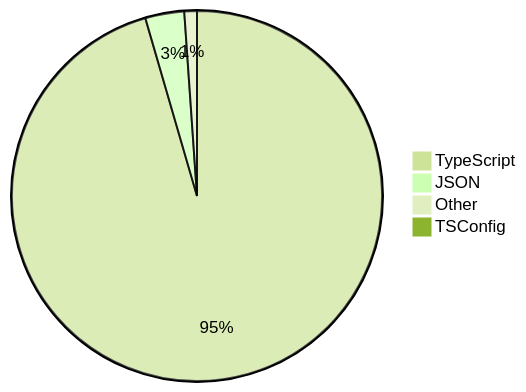
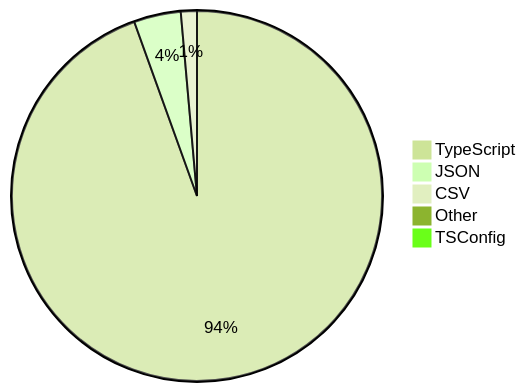
Before and after one commit to skvggor/skvggor: the diagram in README.md, drawn with Mermaid (forest theme).

Commit message:
Updated waka-readme graph with new metrics

````diff
--- a/README.md
+++ b/README.md
@@ -28,7 +28,8 @@
 ```mermaid
 pie
-    "TypeScript" : 95.5
-    "JSON" : 3.4
-    "Other" : 1.1
+    "TypeScript" : 94.4
+    "JSON" : 4.1
+    "CSV" : 1.4
+    "Other" : 0.1
     "TSConfig" : 0.1
 ```
````
